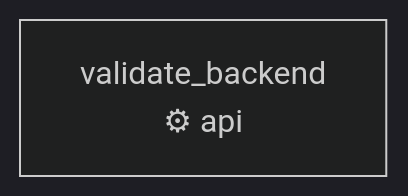
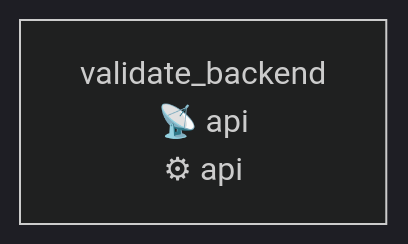
The diagram in docs/diagrams/qa-waves/journey-fitness-fitness_customer_checkin-cap_customer_identification.md (jeffersonmachado/r-agent2), drawn with Mermaid (dark theme) before and after one commit. The commit also changed other lines of this file and 74 other files, not shown here.

First line of the commit message:
docs(qa-waves): roteiros de jornada + diagramas + status de plataforma

````diff
--- a/docs/diagrams/qa-waves/journey-fitness-fitness_customer_checkin-cap_customer_identification.md
+++ b/docs/diagrams/qa-waves/journey-fitness-fitness_customer_checkin-cap_customer_identification.md
@@ -5,5 +5,5 @@
 ```mermaid
 flowchart LR
-    step_cap_customer_identification_1["validate_backend\n⚙ api"]
+    step_cap_customer_identification_1["validate_backend\n📡 api\n⚙ api"]
 
 ```
````
